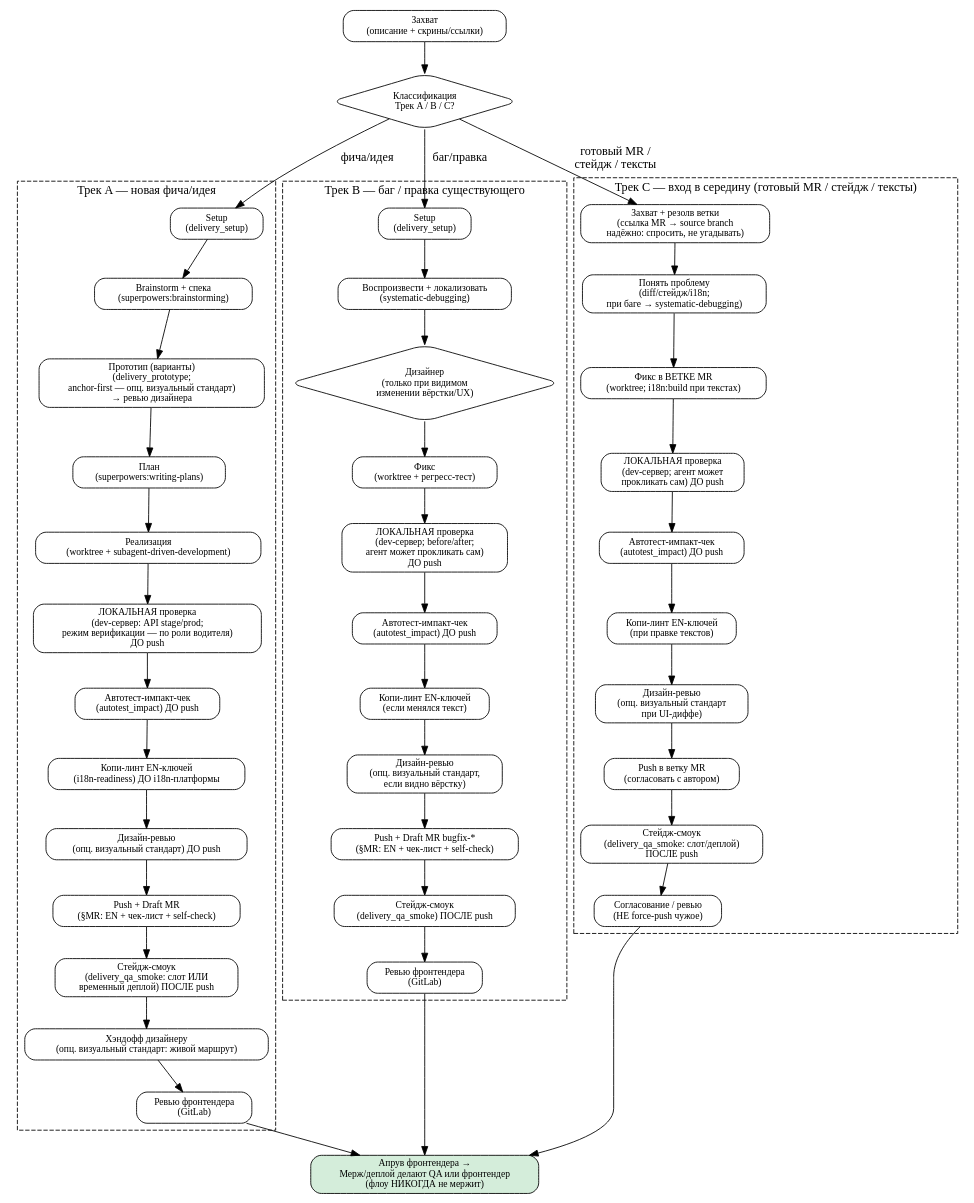
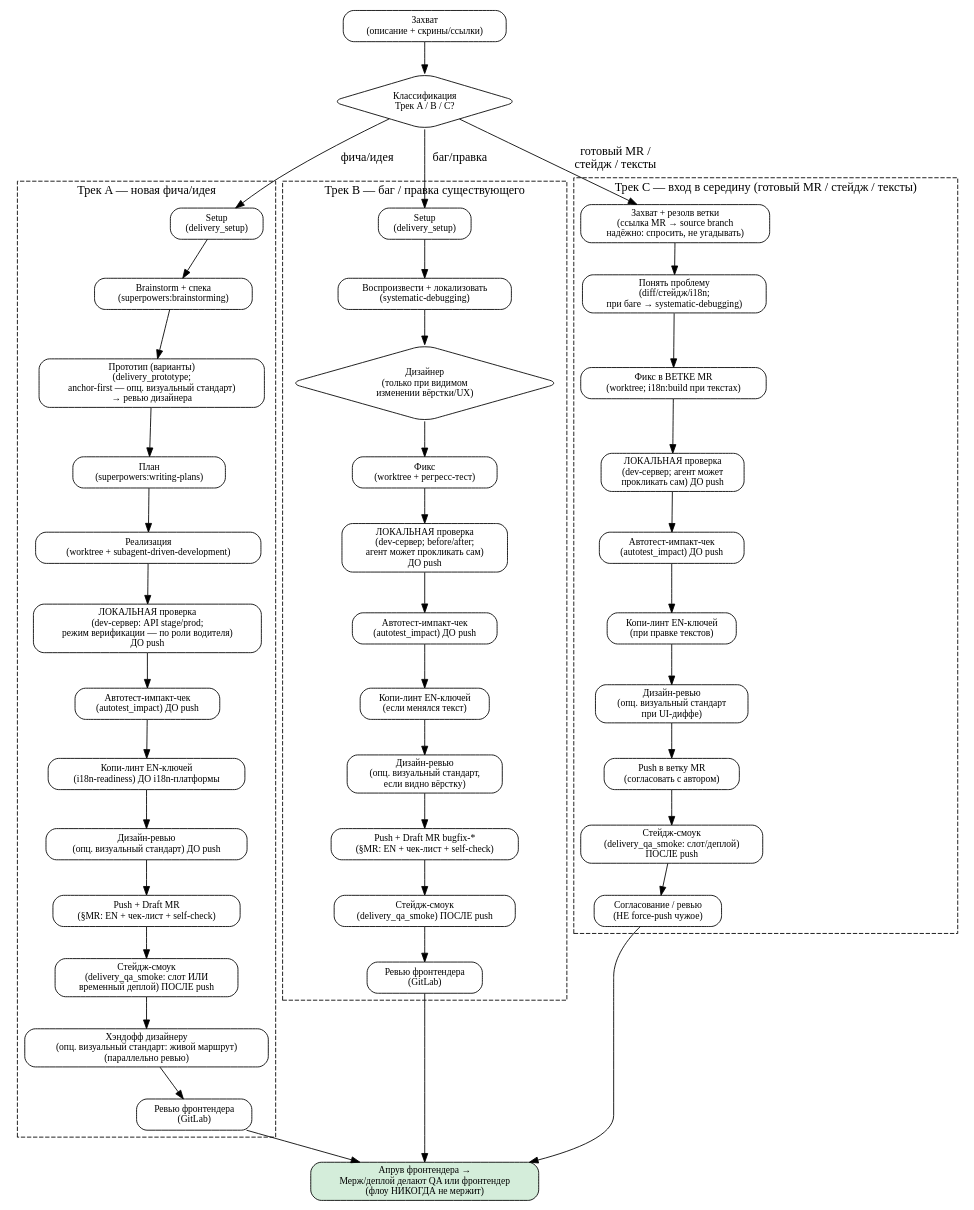
One commit to echangli/delivery-flow changed the diagram in plugins/delivery/skills/delivery_orchestrator/SKILL.md. Above: the diagram before and after it, drawn with Graphviz. The commit also changed 8 other files, not shown here.

Commit message:
Fix final review findings in delivery flow docs

````diff
--- a/plugins/delivery/skills/delivery_orchestrator/SKILL.md
+++ b/plugins/delivery/skills/delivery_orchestrator/SKILL.md
@@ -74,71 +74,71 @@
 ```dot
 digraph delivery {
   rankdir=TB;
   node [shape=box, style=rounded, fontsize=11];
 
   capture    [label="Захват\n(описание + скрины/ссылки)"];
   classify   [label="Классификация\nТрек A / B / C?", shape=diamond];
 
   subgraph cluster_a {
     label="Трек A — новая фича/идея";
     style=dashed;
     a0 [label="Setup\n(delivery_setup)"];
     a1 [label="Brainstorm + спека\n(superpowers:brainstorming)"];
     a2 [label="Прототип (варианты)\n(delivery_prototype;\nanchor-first — опц. визуальный стандарт)\n→ ревью дизайнера"];
     a3 [label="План\n(superpowers:writing-plans)"];
     a4 [label="Реализация\n(worktree + subagent-driven-development)"];
     a5 [label="ЛОКАЛЬНАЯ проверка\n(dev-сервер: API stage/prod;\nрежим верификации — по роли водителя)\nДО push"];
     a5b [label="Автотест-импакт-чек\n(autotest_impact) ДО push"];
     a5c [label="Копи-линт EN-ключей\n(i18n-readiness) ДО i18n-платформы"];
     a5d [label="Дизайн-ревью\n(опц. визуальный стандарт) ДО push"];
     a6 [label="Push + Draft MR\n(§MR: EN + чек-лист + self-check)"];
     a7 [label="Стейдж-смоук\n(delivery_qa_smoke: слот ИЛИ\nвременный деплой) ПОСЛЕ push"];
-    a7b [label="Хэндофф дизайнеру\n(опц. визуальный стандарт: живой маршрут)"];
+    a7b [label="Хэндофф дизайнеру\n(опц. визуальный стандарт: живой маршрут)\n(параллельно ревью)"];
     a8 [label="Ревью фронтендера\n(GitLab)"];
     a0 -> a1 -> a2 -> a3 -> a4 -> a5 -> a5b -> a5c -> a5d -> a6 -> a7 -> a7b -> a8;
   }
 
   subgraph cluster_b {
     label="Трек B — баг / правка существующего";
     style=dashed;
     b0 [label="Setup\n(delivery_setup)"];
     b1 [label="Воспроизвести + локализовать\n(systematic-debugging)"];
     b2 [label="Дизайнер\n(только при видимом\nизменении вёрстки/UX)", shape=diamond];
     b3 [label="Фикс\n(worktree + регресс-тест)"];
     b4 [label="ЛОКАЛЬНАЯ проверка\n(dev-сервер; before/after;\nагент может прокликать сам)\nДО push"];
     b4b [label="Автотест-импакт-чек\n(autotest_impact) ДО push"];
     b4c [label="Копи-линт EN-ключей\n(если менялся текст)"];
     b4d [label="Дизайн-ревью\n(опц. визуальный стандарт,\nесли видно вёрстку)"];
     b5 [label="Push + Draft MR bugfix-*\n(§MR: EN + чек-лист + self-check)"];
     b6 [label="Стейдж-смоук\n(delivery_qa_smoke) ПОСЛЕ push"];
     b7 [label="Ревью фронтендера\n(GitLab)"];
     b0 -> b1 -> b2 -> b3 -> b4 -> b4b -> b4c -> b4d -> b5 -> b6 -> b7;
   }
 
   subgraph cluster_c {
     label="Трек C — вход в середину (готовый MR / стейдж / тексты)";
     style=dashed;
     c0 [label="Захват + резолв ветки\n(ссылка MR → source branch\nнадёжно: спросить, не угадывать)"];
     c1 [label="Понять проблему\n(diff/стейдж/i18n;\nпри баге → systematic-debugging)"];
     c2 [label="Фикс в ВЕТКЕ MR\n(worktree; i18n:build при текстах)"];
     c3 [label="ЛОКАЛЬНАЯ проверка\n(dev-сервер; агент может\nпрокликать сам) ДО push"];
     c3b [label="Автотест-импакт-чек\n(autotest_impact) ДО push"];
     c3c [label="Копи-линт EN-ключей\n(при правке текстов)"];
     c3d [label="Дизайн-ревью\n(опц. визуальный стандарт\nпри UI-диффе)"];
     c4 [label="Push в ветку MR\n(согласовать с автором)"];
     c5 [label="Стейдж-смоук\n(delivery_qa_smoke: слот/деплой)\nПОСЛЕ push"];
     c6 [label="Согласование / ревью\n(НЕ force-push чужое)"];
     c0 -> c1 -> c2 -> c3 -> c3b -> c3c -> c3d -> c4 -> c5 -> c6;
   }
 
   terminal [label="Апрув фронтендера →\nМерж/деплой делают QA или фронтендер\n(флоу НИКОГДА не мержит)", shape=box, style="rounded,filled", fillcolor="#d4edda"];
 
   capture -> classify;
   classify -> a0 [label="фича/идея"];
   classify -> b0 [label="баг/правка"];
   classify -> c0 [label="готовый MR /\nстейдж / тексты"];
   a8 -> terminal;
   b7 -> terminal;
   c6 -> terminal;
 }
 ```
````
